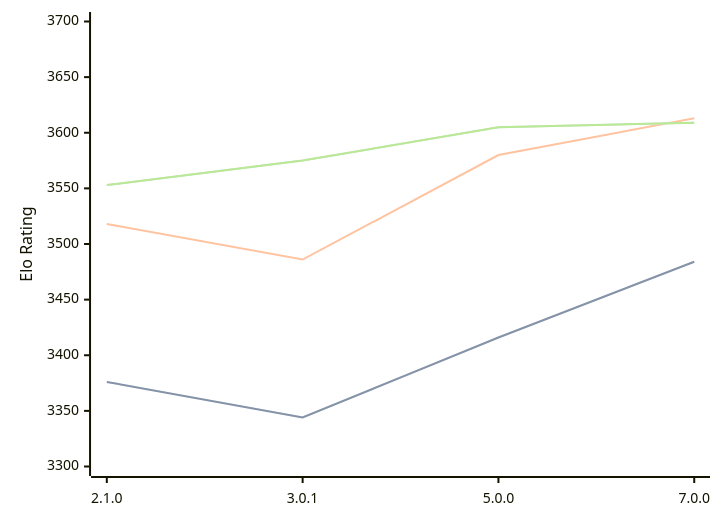
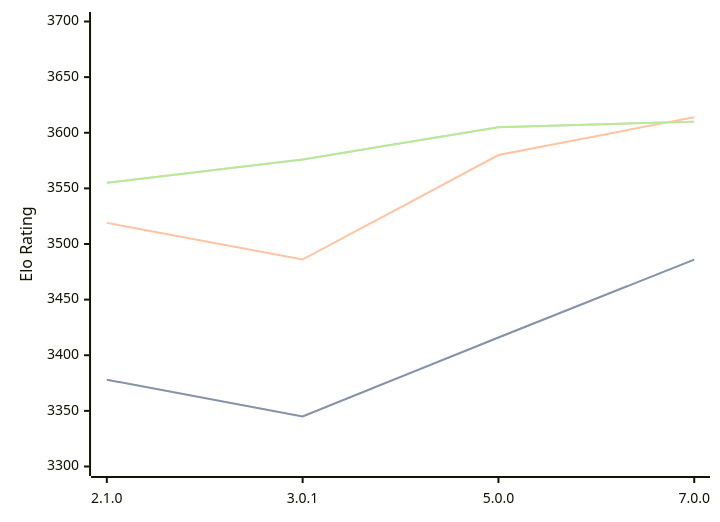
One commit to computer-chess-index/cci changed the diagram in engines/PlentyChess.md. Above: the diagram before and after it, drawn with Mermaid. The commit also changed other lines of this file, not shown here.

Commit message:
Update CCI Ratings (ELO VLTC) - 2026-05-17

````diff
--- a/engines/PlentyChess.md
+++ b/engines/PlentyChess.md
@@ -45,11 +45,11 @@
 ```mermaid
 %%{init: {"theme":"base","themeVariables":{"seriesColors:['#a3a3a3','#222221','#faa371']}}}%%
 xychart-beta
   x-axis ["2.1.0", "3.0.1", "5.0.0", "7.0.0"]
   y-axis "Elo Rating" 3300 --> 3700
-  line "STC (8.0+0.08s)" [3376, 3344, 3416, 3484]
-  line "STC (8.0+0.08s)" [3376, 3344, 3416, 3484]
-  line "LTC (60.0+0.60s)" [3518, 3486, 3580, 3613]
-  line "VLTC (2m24s+1.12s)" [3553, 3575, 3605, 3609]
-  line "VLTC (2m24s+1.12s)" [3553, 3575, 3605, 3609]
+  line "STC (8.0+0.08s)" [3378, 3345, 3416, 3486]
+  line "STC (8.0+0.08s)" [3378, 3345, 3416, 3486]
+  line "LTC (60.0+0.60s)" [3519, 3486, 3580, 3614]
+  line "VLTC (2m24s+1.12s)" [3555, 3576, 3605, 3610]
+  line "VLTC (2m24s+1.12s)" [3555, 3576, 3605, 3610]
 ```
````
